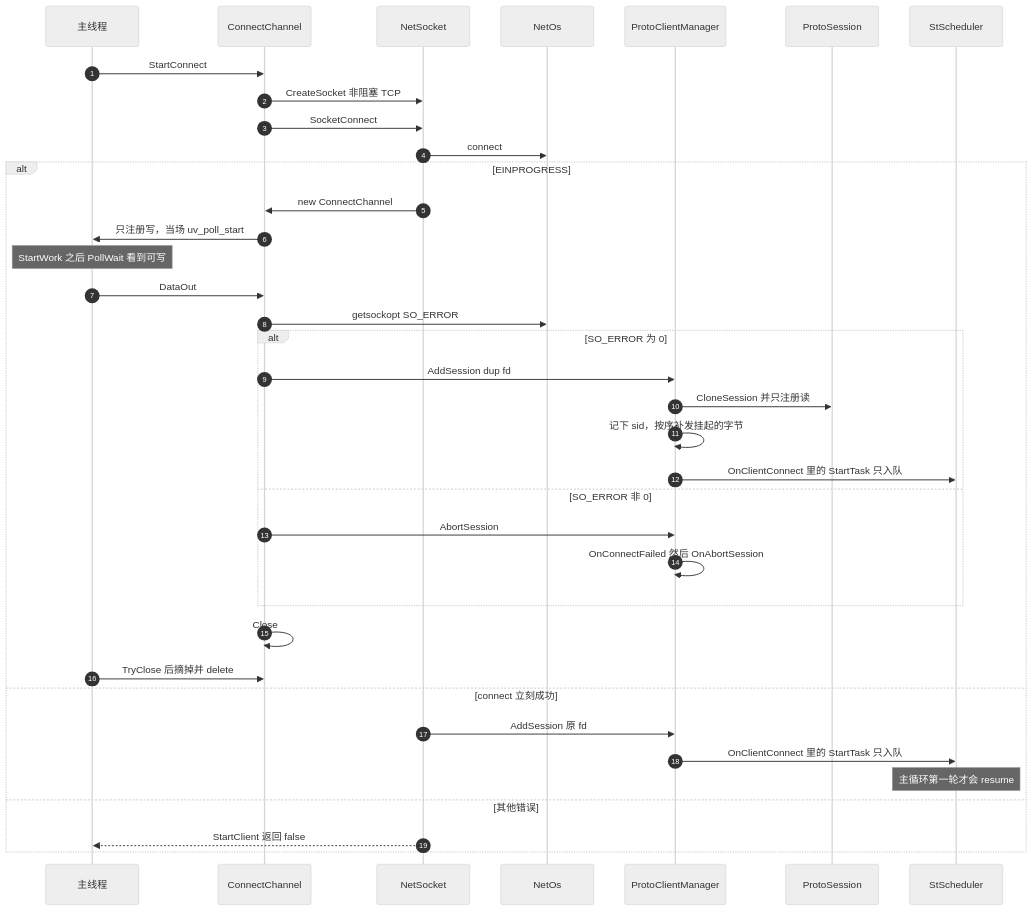
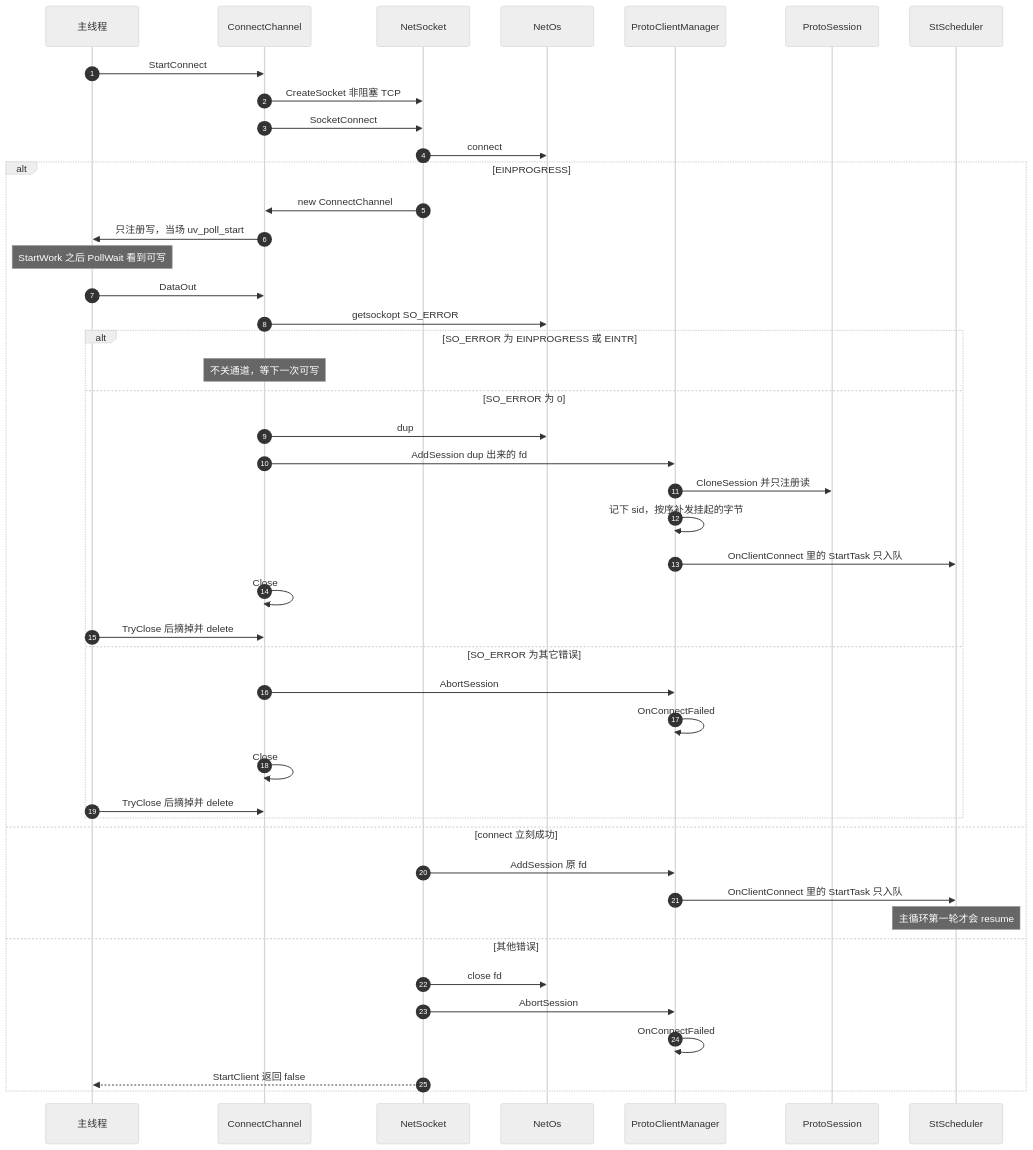
The diagram in docs/sequence-diagram/single-thread/connect.md (orikiaru/openidea), drawn with Mermaid (neutral theme) before and after one commit. The commit also changed other lines of this file and 77 other files, not shown here.

````diff
--- a/docs/sequence-diagram/single-thread/connect.md
+++ b/docs/sequence-diagram/single-thread/connect.md
@@ -12,40 +7,48 @@
 ```mermaid
 sequenceDiagram
     autonumber
     participant Main as 主线程
     participant Conn as ConnectChannel
     participant Sock as NetSocket
     participant Os as NetOs
     participant Mgr as ProtoClientManager
     participant Sess as ProtoSession
     participant Queue as StScheduler
 
     Main->>Conn: StartConnect
     Conn->>Sock: CreateSocket 非阻塞 TCP
     Conn->>Sock: SocketConnect
     Sock->>Os: connect
     alt EINPROGRESS
         Sock->>Conn: new ConnectChannel
         Conn->>Main: 只注册写，当场 uv_poll_start
         Note over Main: StartWork 之后 PollWait 看到可写
         Main->>Conn: DataOut
         Conn->>Os: getsockopt SO_ERROR
-        alt SO_ERROR 为 0
-            Conn->>Mgr: AddSession dup fd
+        alt SO_ERROR 为 EINPROGRESS 或 EINTR
+            Note over Conn: 不关通道，等下一次可写
+        else SO_ERROR 为 0
+            Conn->>Os: dup
+            Conn->>Mgr: AddSession dup 出来的 fd
             Mgr->>Sess: CloneSession 并只注册读
             Mgr->>Mgr: 记下 sid，按序补发挂起的字节
             Mgr->>Queue: OnClientConnect 里的 StartTask 只入队
-        else SO_ERROR 非 0
+            Conn->>Conn: Close
+            Main->>Conn: TryClose 后摘掉并 delete
+        else SO_ERROR 为其它错误
             Conn->>Mgr: AbortSession
-            Mgr->>Mgr: OnConnectFailed 然后 OnAbortSession
+            Mgr->>Mgr: OnConnectFailed
+            Conn->>Conn: Close
+            Main->>Conn: TryClose 后摘掉并 delete
         end
-        Conn->>Conn: Close
-        Main->>Conn: TryClose 后摘掉并 delete
     else connect 立刻成功
         Sock->>Mgr: AddSession 原 fd
         Mgr->>Queue: OnClientConnect 里的 StartTask 只入队
         Note over Queue: 主循环第一轮才会 resume
     else 其他错误
+        Sock->>Os: close fd
+        Sock->>Mgr: AbortSession
+        Mgr->>Mgr: OnConnectFailed
         Sock-->>Main: StartClient 返回 false
     end
 ```
````
